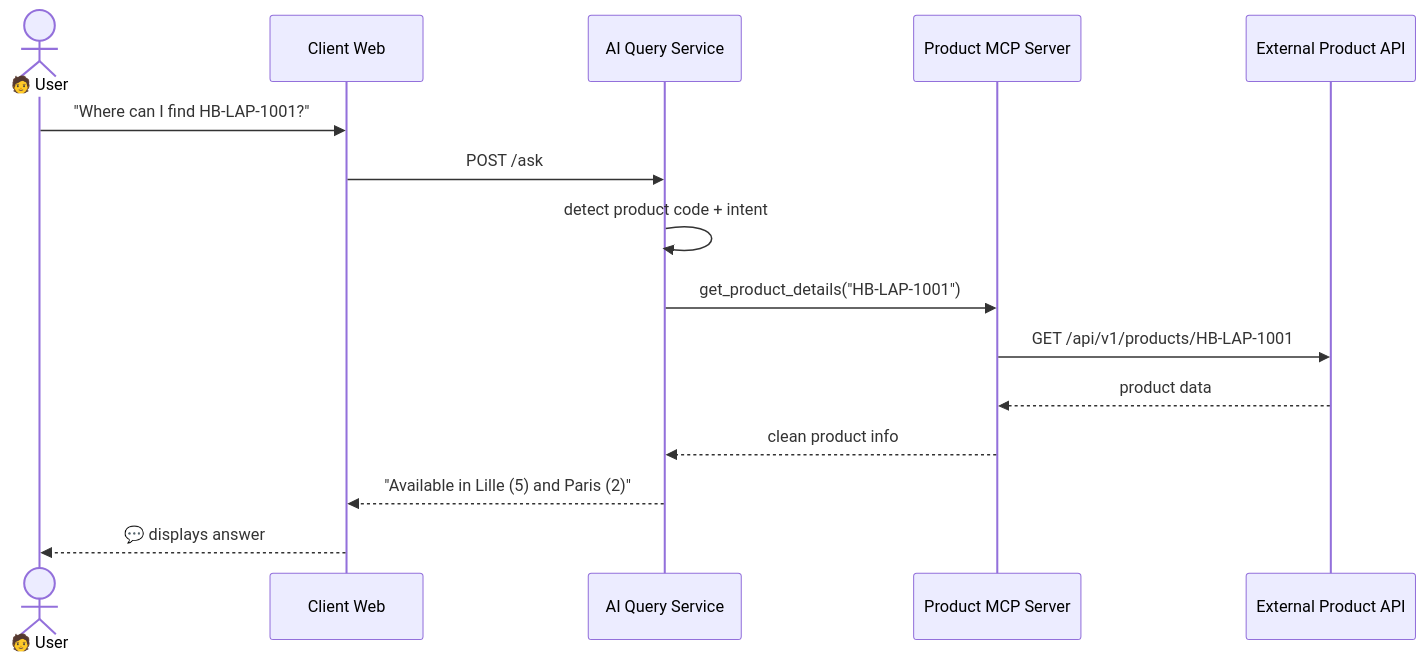
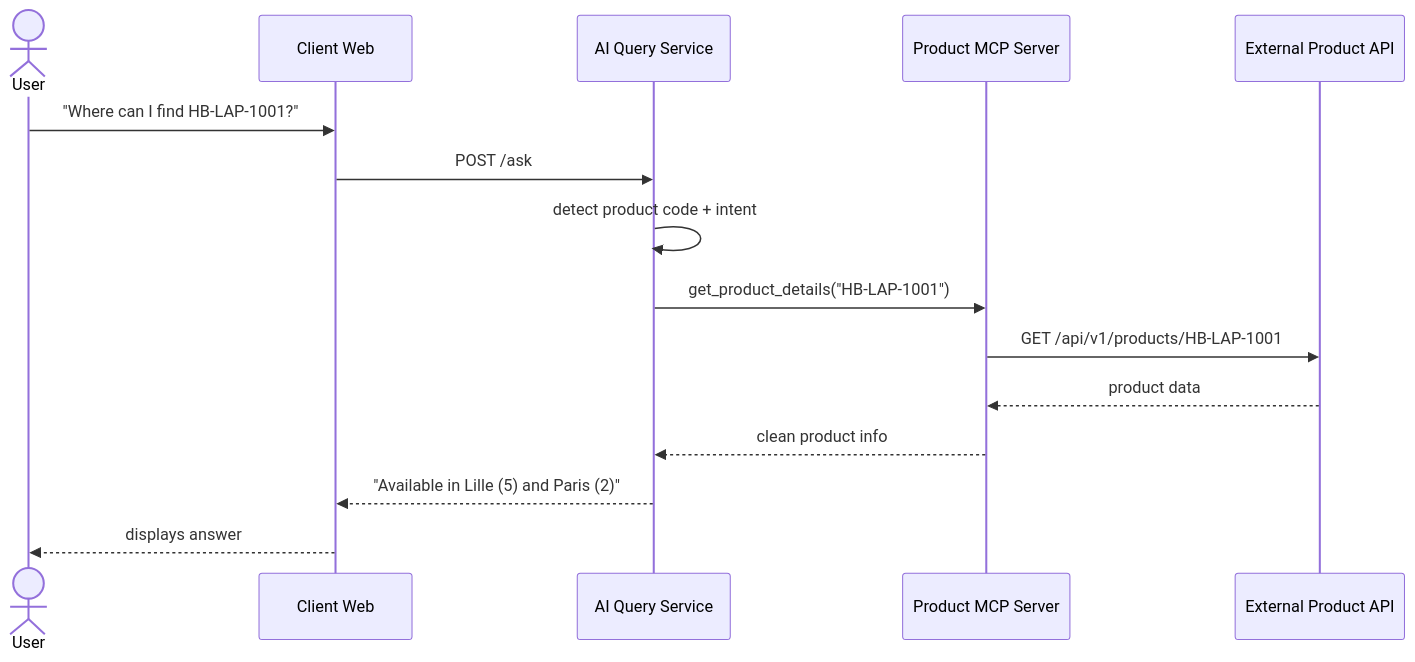
Before and after one commit to Lunaruo/hbntory-inventory-platform: the second of 2 diagrams in inventory-management-system/ai_service/README.md, drawn with Mermaid. The commit also changed other lines of this file, not shown here.

````diff
--- a/inventory-management-system/ai_service/README.md
+++ b/inventory-management-system/ai_service/README.md
@@ -66,18 +66,18 @@
 ```mermaid
 sequenceDiagram
-    actor U as 🧑 User
+    actor U as User
     participant C as Client Web
     participant AI as AI Query Service
     participant MCP as Product MCP Server
     participant API as External Product API
 
     U->>C: "Where can I find HB-LAP-1001?"
     C->>AI: POST /ask
     AI->>AI: detect product code + intent
     AI->>MCP: get_product_details("HB-LAP-1001")
     MCP->>API: GET /api/v1/products/HB-LAP-1001
     API-->>MCP: product data
     MCP-->>AI: clean product info
     AI-->>C: "Available in Lille (5) and Paris (2)"
-    C-->>U: 💬 displays answer
+    C-->>U: displays answer
 ```
````
